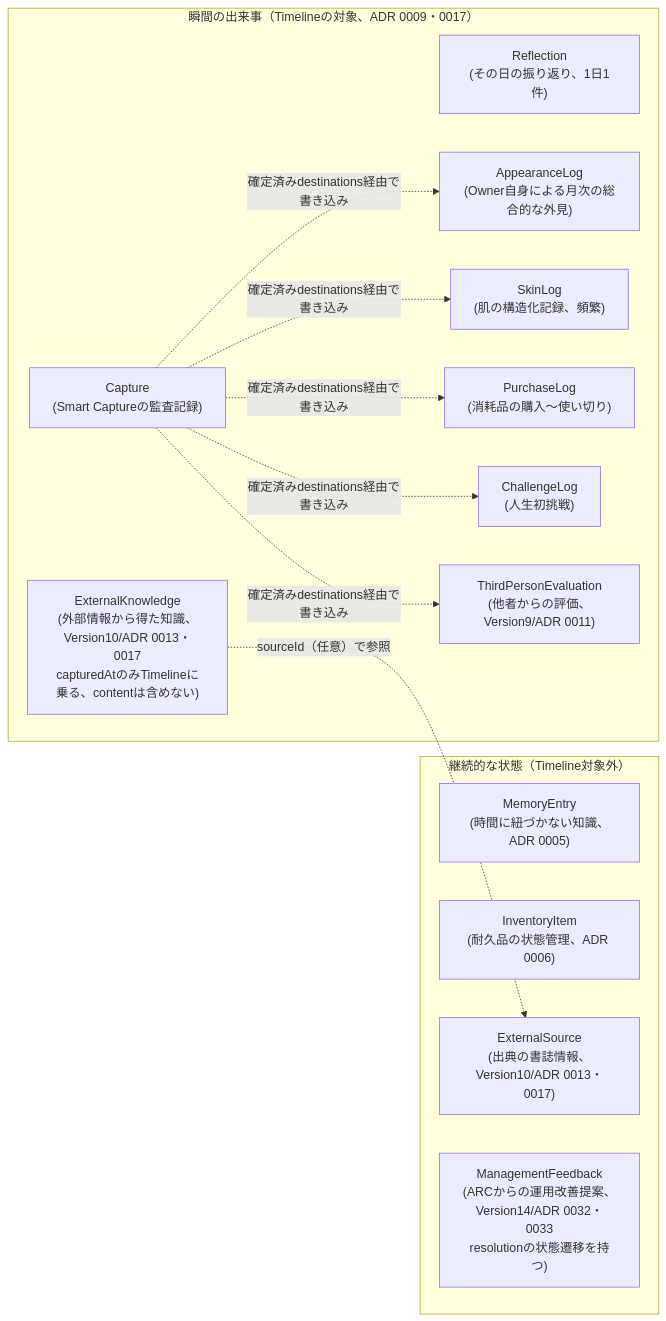
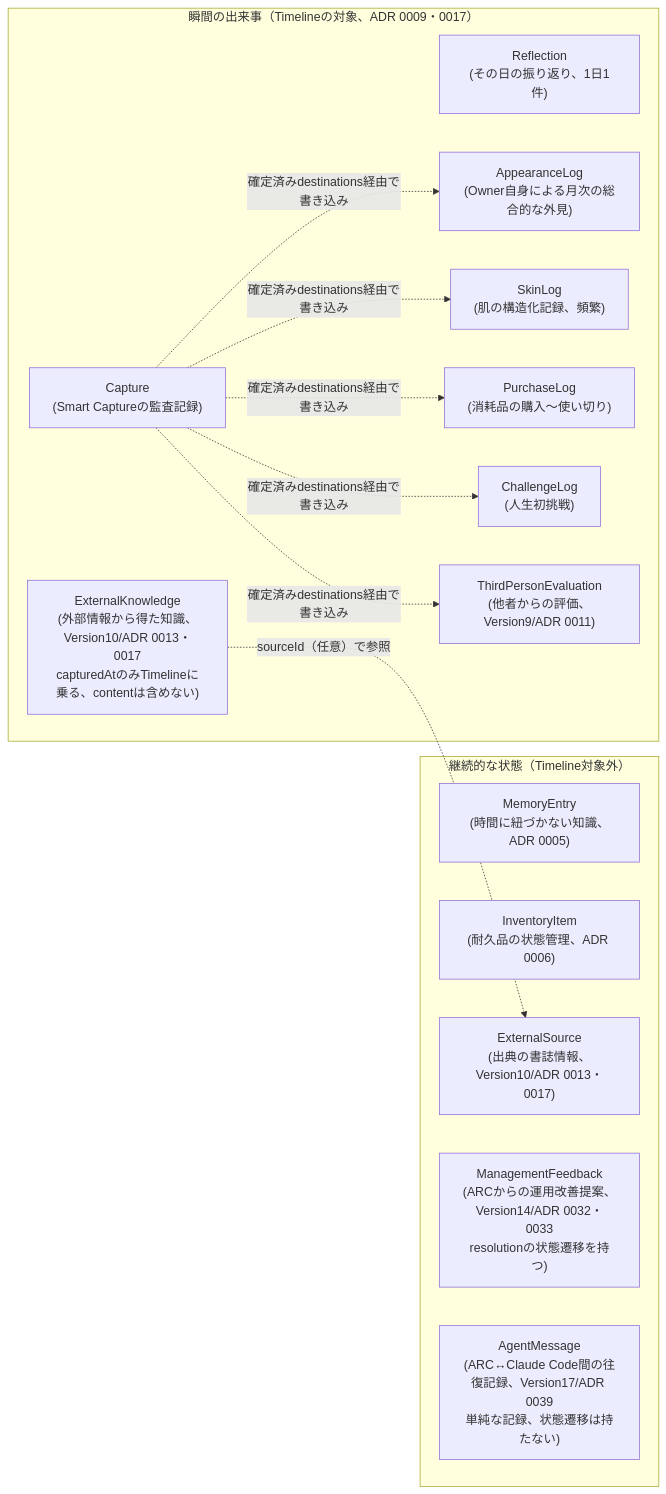
Before and after one commit to okano171013-ai/project-arc: the third of 3 diagrams in docs/architecture-diagram.md, drawn with Mermaid. The commit also changed other lines of this file and 32 other files, not shown here.

First line of the commit message:
Version17: Agent Collaboration Layer

````diff
--- a/docs/architecture-diagram.md
+++ b/docs/architecture-diagram.md
@@ -233,27 +238,28 @@
 ```mermaid
 graph LR
     subgraph "瞬間の出来事（Timelineの対象、ADR 0009・0017）"
         Reflection["Reflection\n(その日の振り返り、1日1件)"]
         AppearanceLog["AppearanceLog\n(Owner自身による月次の総合的な外見)"]
         SkinLog["SkinLog\n(肌の構造化記録、頻繁)"]
         PurchaseLog["PurchaseLog\n(消耗品の購入〜使い切り)"]
         ChallengeLog["ChallengeLog\n(人生初挑戦)"]
         ThirdPersonEval["ThirdPersonEvaluation\n(他者からの評価、Version9/ADR 0011)"]
         Capture["Capture\n(Smart Captureの監査記録)"]
         ExternalKnowledge["ExternalKnowledge\n(外部情報から得た知識、Version10/ADR 0013・0017\ncapturedAtのみTimelineに乗る、contentは含めない)"]
     end
 
     subgraph "継続的な状態（Timeline対象外）"
         Memory["MemoryEntry\n(時間に紐づかない知識、ADR 0005)"]
         Inventory["InventoryItem\n(耐久品の状態管理、ADR 0006)"]
         ExternalSource["ExternalSource\n(出典の書誌情報、Version10/ADR 0013・0017)"]
         ManagementFeedback["ManagementFeedback\n(ARCからの運用改善提案、Version14/ADR 0032・0033\nresolutionの状態遷移を持つ)"]
+        AgentMessage["AgentMessage\n(ARC↔Claude Code間の往復記録、Version17/ADR 0039\n単純な記録、状態遷移は持たない)"]
     end
 
     Capture -.確定済みdestinations経由で書き込み.-> SkinLog
     Capture -.確定済みdestinations経由で書き込み.-> PurchaseLog
     Capture -.確定済みdestinations経由で書き込み.-> ChallengeLog
     Capture -.確定済みdestinations経由で書き込み.-> AppearanceLog
     Capture -.確定済みdestinations経由で書き込み.-> ThirdPersonEval
     ExternalKnowledge -.sourceId（任意）で参照.-> ExternalSource
 ```
````
